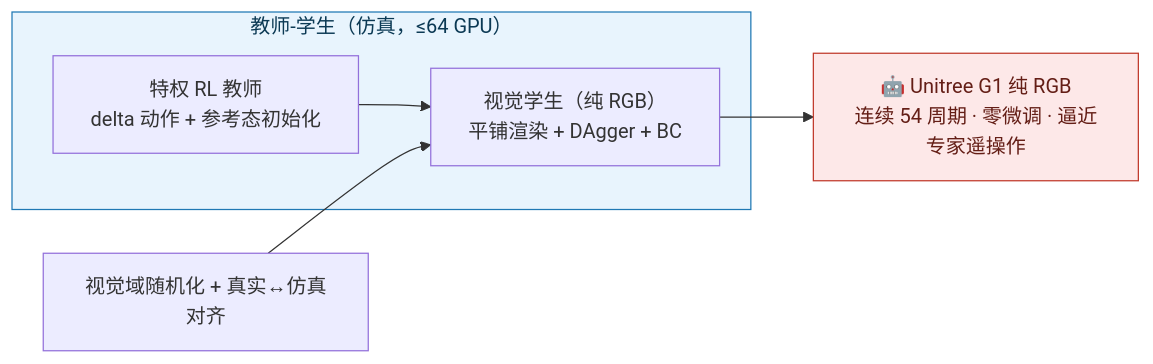
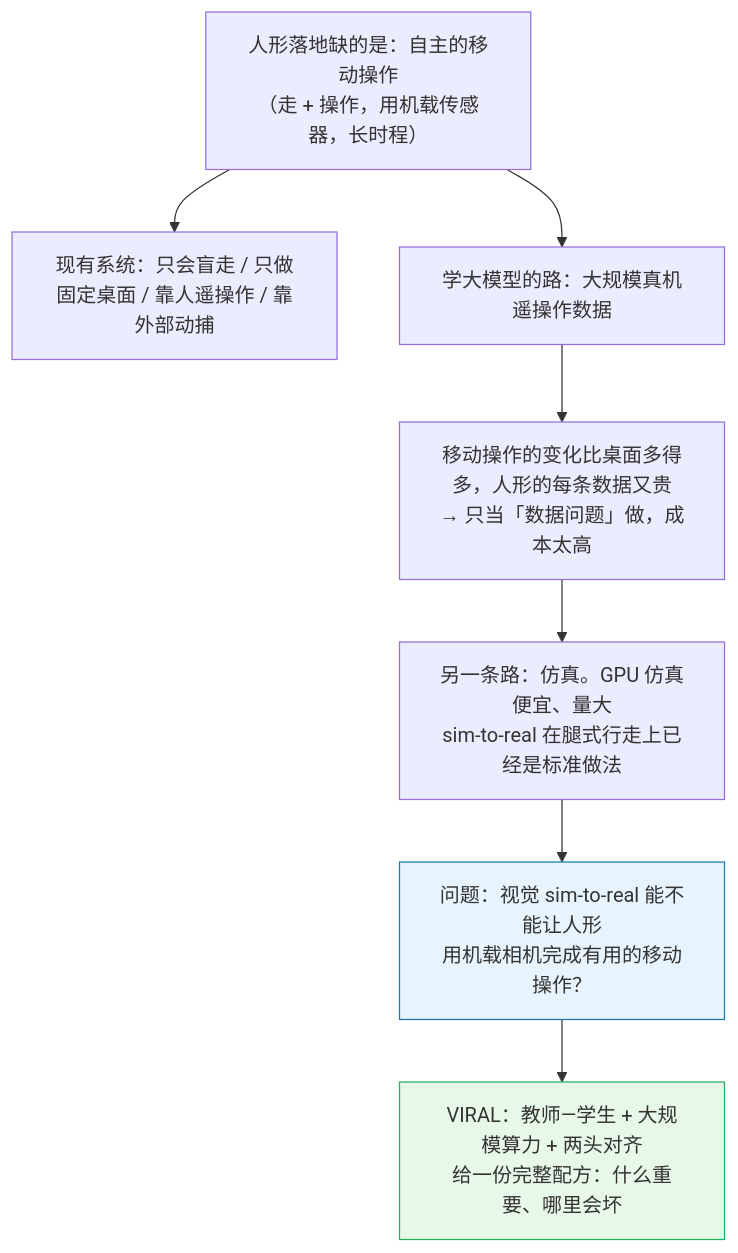
One commit to ImChong/Robot_Learning_Paper_Notebooks changed the first of 2 diagrams in papers/04_Loco-Manipulation_and_WBC/VIRAL__Visual_Sim-to-Real_at_Scale_for_Humanoid_Loco-Manipulation/VIRAL__Visual_Sim-to-Real_at_Scale_for_Humanoid_Loco-Manipulation.md. Above: the diagram before and after it, drawn with Mermaid. The commit also changed other lines of this file and 36 other files, not shown here.

```diff
--- a/papers/04_Loco-Manipulation_and_WBC/VIRAL__Visual_Sim-to-Real_at_Scale_for_Humanoid_Loco-Manipulation/VIRAL__Visual_Sim-to-Real_at_Scale_for_Humanoid_Loco-Manipulation.md
+++ b/papers/04_Loco-Manipulation_and_WBC/VIRAL__Visual_Sim-to-Real_at_Scale_for_Humanoid_Loco-Manipulation/VIRAL__Visual_Sim-to-Real_at_Scale_for_Humanoid_Loco-Manipulation.md
@@ -86,13 +92,12 @@
 <div class="mermaid">
-flowchart LR
-    subgraph TE["教师-学生（仿真，≤64 GPU）"]
-        T["特权 RL 教师<br/>delta 动作 + 参考态初始化"]
-        S["视觉学生（纯 RGB）<br/>平铺渲染 + DAgger + BC"]
-        T --> S
-    end
-    DR["视觉域随机化 + 真实↔仿真对齐"] --> S
-    S --> OUT["🤖 Unitree G1 纯 RGB<br/>连续 54 周期 · 零微调 · 逼近专家遥操作"]
+flowchart TB
+    P["人形落地缺的是：自主的移动操作<br/>（走 + 操作，用机载传感器，长时程）"] --> E["现有系统：只会盲走 / 只做固定桌面 / 靠人遥操作 / 靠外部动捕"]
+    P --> D["学大模型的路：大规模真机遥操作数据"]
+    D --> C["移动操作的变化比桌面多得多，人形的每条数据又贵<br/>→ 只当「数据问题」做，成本太高"]
+    C --> S["另一条路：仿真。GPU 仿真便宜、量大<br/>sim-to-real 在腿式行走上已经是标准做法"]
+    S --> Q["问题：视觉 sim-to-real 能不能让人形<br/>用机载相机完成有用的移动操作？"]
+    Q --> V["VIRAL：教师—学生 + 大规模算力 + 两头对齐<br/>给一份完整配方：什么重要、哪里会坏"]
 
-    style TE fill:#e8f4fd,stroke:#1f78b4,color:#0b3954
-    style OUT fill:#fde8e8,stroke:#c0392b,color:#641e16
+    style Q fill:#e8f4fd,stroke:#1f78b4
+    style V fill:#e8f8e8,stroke:#27ae60
 </div>
```
